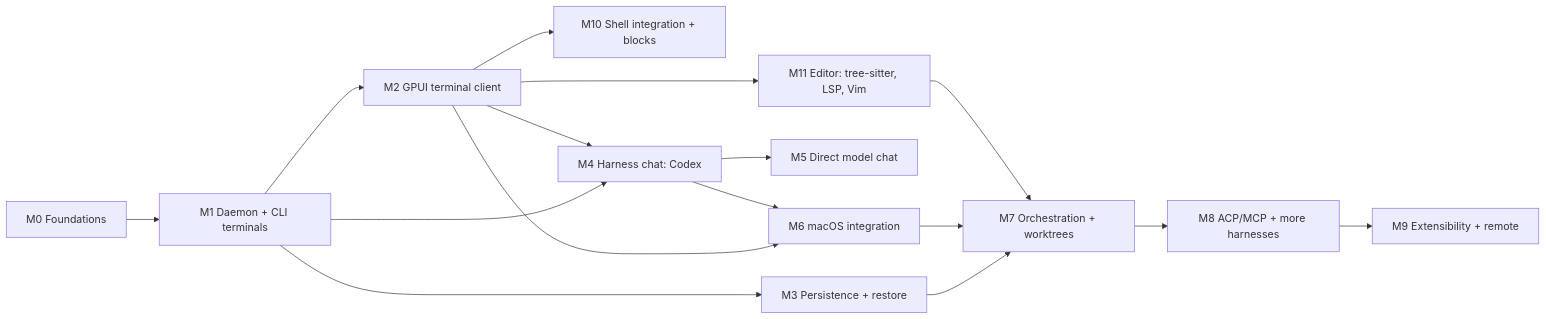
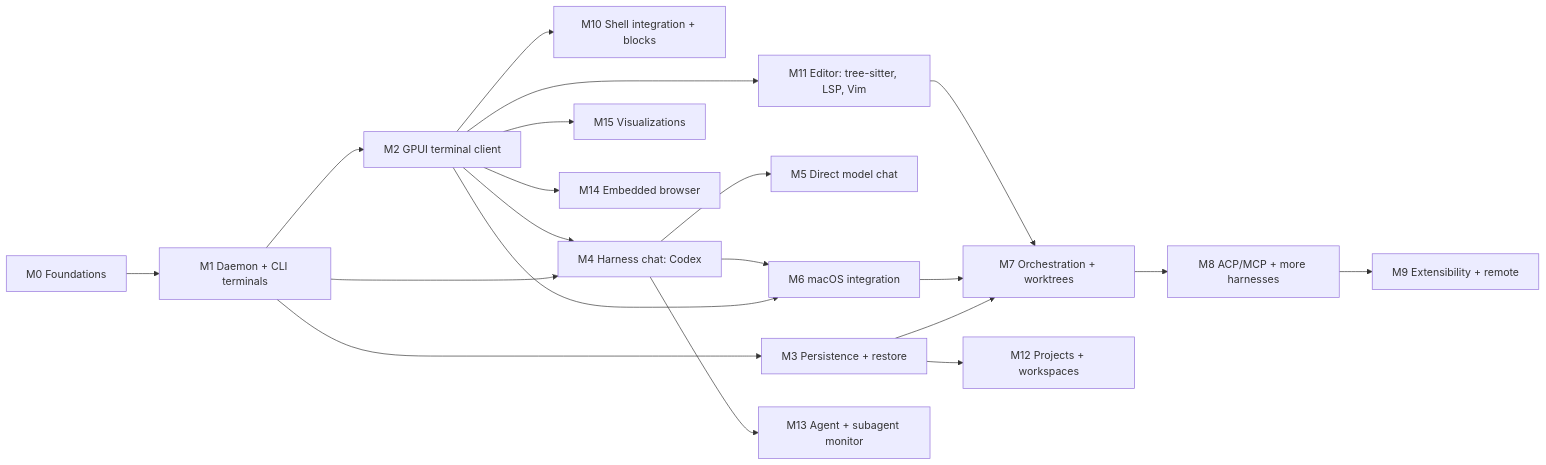
One commit to robertt3kuk/heeler changed the diagram in docs/roadmap.md. Above: the diagram before and after it, drawn with Mermaid. The commit also changed other lines of this file and 1 other file, not shown here.

Commit message:
docs(plan): projects & workspaces (M12), agent/subagent monitor (M13), embedded browser (M14), visualizations (M15); vision re-scope

````diff
--- a/docs/roadmap.md
+++ b/docs/roadmap.md
@@ -5,18 +5,22 @@
 ```mermaid
 flowchart LR
   M0[M0 Foundations] --> M1[M1 Daemon + CLI terminals]
   M1 --> M2[M2 GPUI terminal client]
   M2 --> M10[M10 Shell integration + blocks]
   M1 --> M3[M3 Persistence + restore]
   M1 --> M4[M4 Harness chat: Codex]
   M2 --> M4
   M4 --> M5[M5 Direct model chat]
   M2 --> M6[M6 macOS integration]
   M4 --> M6
   M2 --> M11[M11 Editor: tree-sitter, LSP, Vim]
   M3 --> M7[M7 Orchestration + worktrees]
   M6 --> M7
   M11 --> M7
   M7 --> M8[M8 ACP/MCP + more harnesses]
   M8 --> M9[M9 Extensibility + remote]
+  M3 --> M12[M12 Projects + workspaces]
+  M4 --> M13[M13 Agent + subagent monitor]
+  M2 --> M15[M15 Visualizations]
+  M2 --> M14[M14 Embedded browser]
 ```
````
